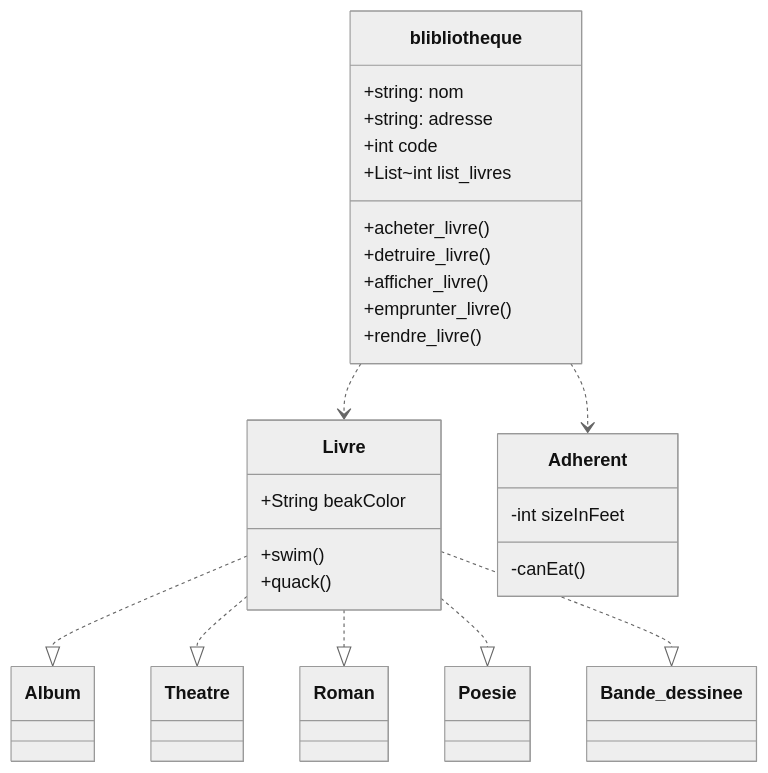
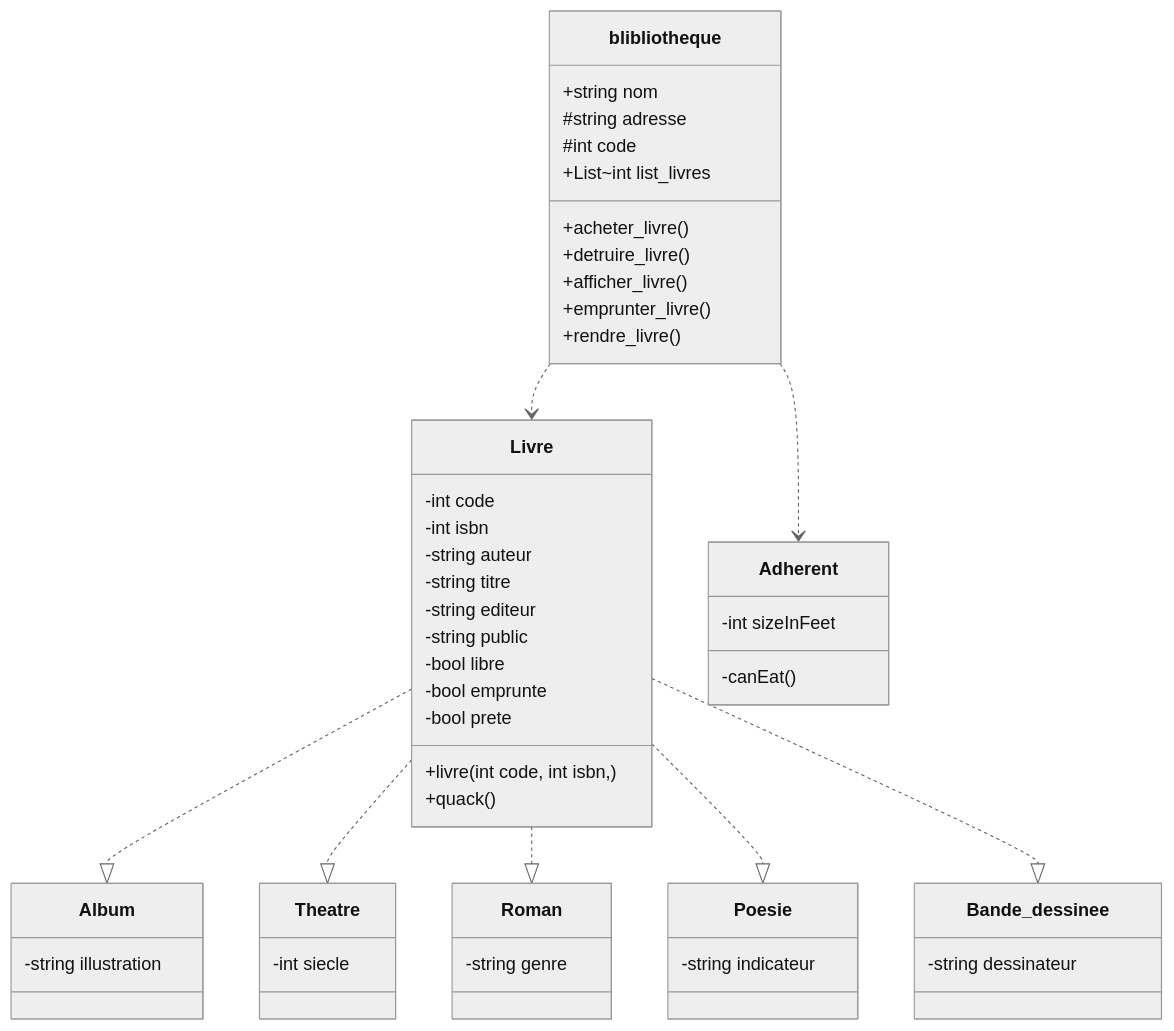
Before and after one commit to Esteban-ve/projet-gestion-de-bibliotheques: the diagram in mermaid.md, drawn with Mermaid (neutral theme).

Commit message:
detaille sur les sous-classes

````diff
--- a/mermaid.md
+++ b/mermaid.md
@@ -1,37 +1,69 @@
 ```mermaid
 classDiagram
     blibliotheque ..> Livre
     blibliotheque ..> Adherent
 
     Livre ..|> Album
     Livre ..|> Theatre
     Livre ..|> Roman
     Livre ..|> Poesie
     Livre ..|> Bande_dessinee
 
     class blibliotheque{
-    +string: nom
-    +string: adresse
-    +int code
+    +string nom
+    #string adresse
+    #int code
     +List~int list_livres
 
     +acheter_livre()
     +detruire_livre()
     +afficher_livre()
     +emprunter_livre()
     +rendre_livre()
     
     }
 
-    class Livre{
-      +String beakColor 
-      +swim()
-      +quack()
-    }
     class Adherent{
       -int sizeInFeet
       -canEat()
     }
 
+    class Livre{
+      -int code
+      -int isbn
+      -string auteur
+      -string titre
+      -string editeur
+      -string public
+
+      -bool libre
+      -bool emprunte
+      -bool prete
+
+      +livre(int code, int isbn, )
+      +quack()
+    }
+
+    class Album{
+    -string illustration
+    }
+
+    class Theatre{
+    -int siecle
+    }
+
+    class Roman{
+    -string genre
+    }
+
+    class Poesie{
+    -string indicateur
+    }
+
+    class Bande_dessinee{
+    -string dessinateur
+    }
+
+
 
 ```
````
